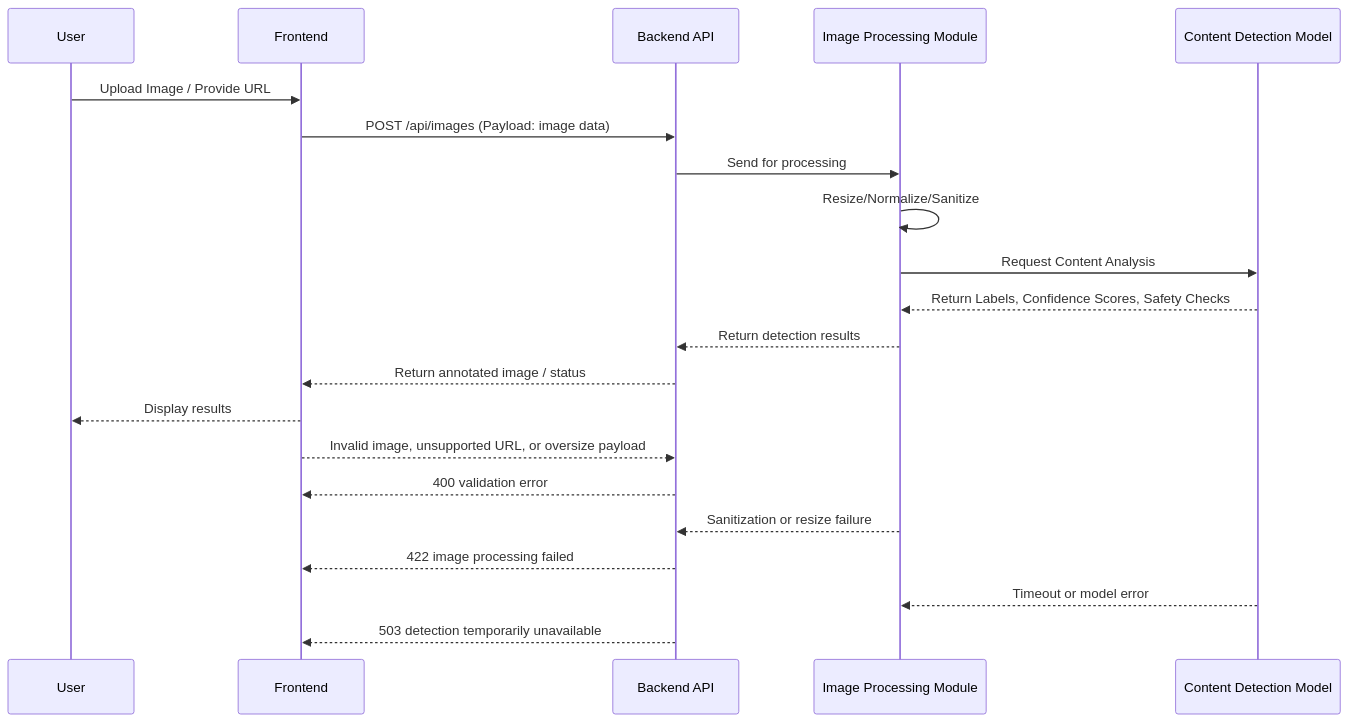
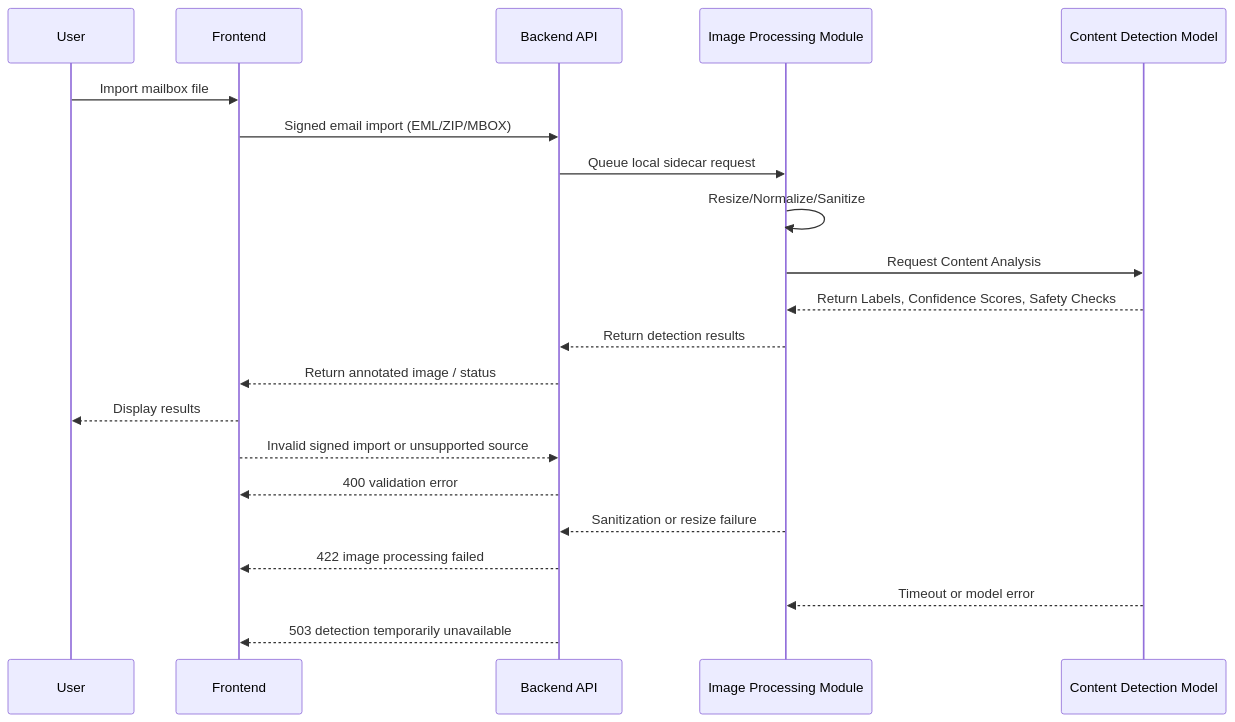
Before and after one commit to ContextualWisdomLab/naruon: the diagram in docs/architecture/image-content-detection.md, drawn with Mermaid. The commit also changed other lines of this file, not shown here.

````diff
--- a/docs/architecture/image-content-detection.md
+++ b/docs/architecture/image-content-detection.md
@@ -7,25 +9,25 @@
 ```mermaid
 sequenceDiagram
     participant User
     participant Frontend
     participant Backend API
     participant Image Processing Module
     participant Content Detection Model
 
-    User->>Frontend: Upload Image / Provide URL
-    Frontend->>Backend API: POST /api/images (Payload: image data)
-    Backend API->>Image Processing Module: Send for processing
+    User->>Frontend: Import mailbox file
+    Frontend->>Backend API: Signed email import (EML/ZIP/MBOX)
+    Backend API->>Image Processing Module: Queue local sidecar request
     Image Processing Module->>Image Processing Module: Resize/Normalize/Sanitize
     Image Processing Module->>Content Detection Model: Request Content Analysis
     Content Detection Model-->>Image Processing Module: Return Labels, Confidence Scores, Safety Checks
     Image Processing Module-->>Backend API: Return detection results
     Backend API-->>Frontend: Return annotated image / status
     Frontend-->>User: Display results
 
-    Frontend-->>Backend API: Invalid image, unsupported URL, or oversize payload
+    Frontend-->>Backend API: Invalid signed import or unsupported source
     Backend API-->>Frontend: 400 validation error
     Image Processing Module-->>Backend API: Sanitization or resize failure
     Backend API-->>Frontend: 422 image processing failed
     Content Detection Model-->>Image Processing Module: Timeout or model error
     Backend API-->>Frontend: 503 detection temporarily unavailable
 ```
````
